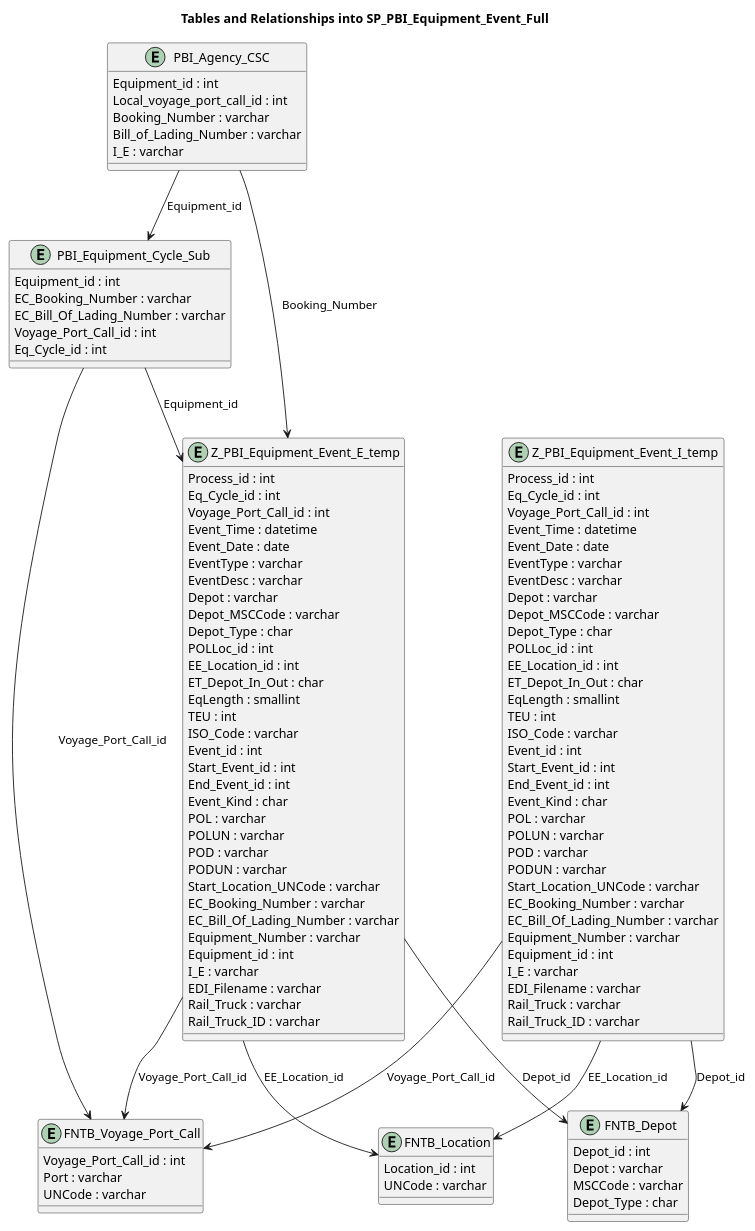
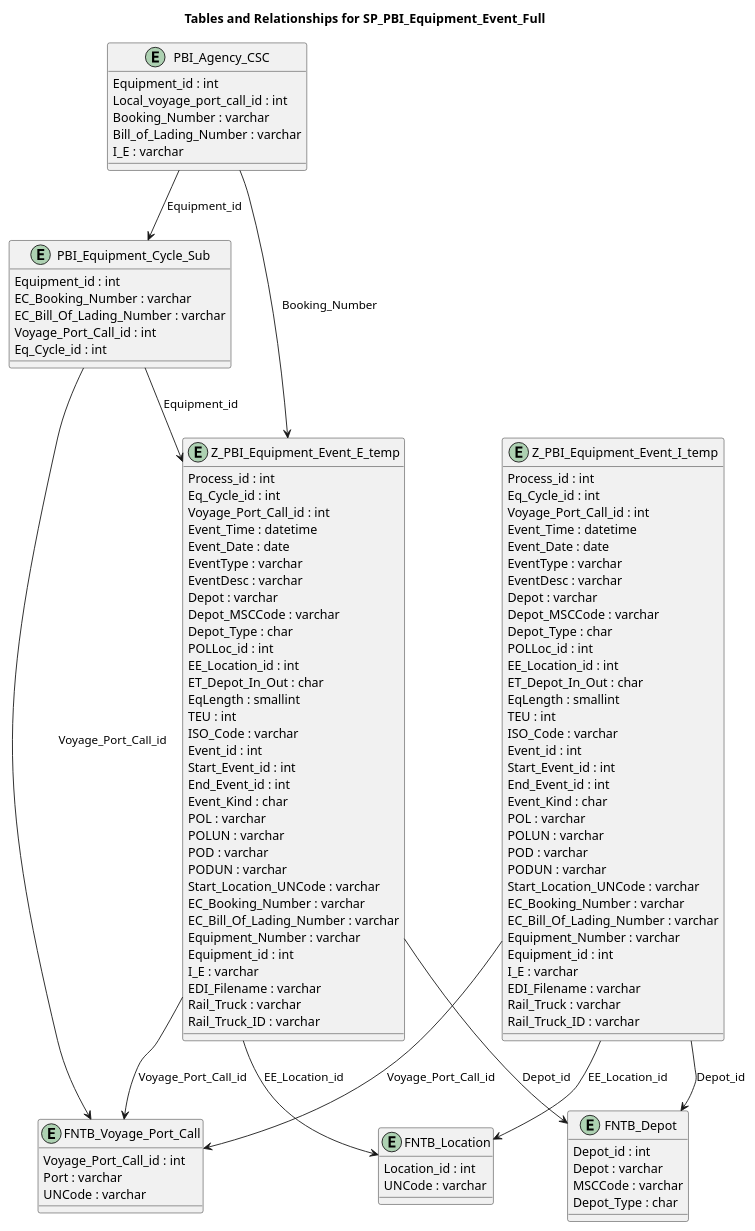
Before and after one commit to grellag/Project_Python: the diagram in DCC_Trasporti_H/2_puml_tabelle_equipment_event full - uml.puml, drawn with PlantUML.

Commit message:
uml step 2

```diff
--- a/DCC_Trasporti_H/2_puml_tabelle_equipment_event full - uml.puml
+++ b/DCC_Trasporti_H/2_puml_tabelle_equipment_event full - uml.puml
@@ -1,122 +1,122 @@
 @startuml
 
-title Tables and Relationships into SP_PBI_Equipment_Event_Full
+title Tables and Relationships for SP_PBI_Equipment_Event_Full
 
 entity "Z_PBI_Equipment_Event_E_temp" {
     Process_id : int
     Eq_Cycle_id : int
     Voyage_Port_Call_id : int
     Event_Time : datetime
     Event_Date : date
     EventType : varchar
     EventDesc : varchar
     Depot : varchar
     Depot_MSCCode : varchar
     Depot_Type : char
     POLLoc_id : int
     EE_Location_id : int
     ET_Depot_In_Out : char
     EqLength : smallint
     TEU : int
     ISO_Code : varchar
     Event_id : int
     Start_Event_id : int
     End_Event_id : int
     Event_Kind : char
     POL : varchar
     POLUN : varchar
     POD : varchar
     PODUN : varchar
     Start_Location_UNCode : varchar
     EC_Booking_Number : varchar
     EC_Bill_Of_Lading_Number : varchar
     Equipment_Number : varchar
     Equipment_id : int
     I_E : varchar
     EDI_Filename : varchar
     Rail_Truck : varchar
     Rail_Truck_ID : varchar
 }
 
 entity "PBI_Equipment_Cycle_Sub" {
     Equipment_id : int
     EC_Booking_Number : varchar
     EC_Bill_Of_Lading_Number : varchar
     Voyage_Port_Call_id : int
     Eq_Cycle_id : int
 }
 
 entity "PBI_Agency_CSC" {
     Equipment_id : int
     Local_voyage_port_call_id : int
     Booking_Number : varchar
     Bill_of_Lading_Number : varchar
     I_E : varchar
 }
 
 entity "FNTB_Depot" {
     Depot_id : int
     Depot : varchar
     MSCCode : varchar
     Depot_Type : char
 }
 
 entity "FNTB_Location" {
     Location_id : int
     UNCode : varchar
 }
 
 entity "FNTB_Voyage_Port_Call" {
     Voyage_Port_Call_id : int
     Port : varchar
     UNCode : varchar
 }
 
 entity "Z_PBI_Equipment_Event_I_temp" {
     Process_id : int
     Eq_Cycle_id : int
     Voyage_Port_Call_id : int
     Event_Time : datetime
     Event_Date : date
     EventType : varchar
     EventDesc : varchar
     Depot : varchar
     Depot_MSCCode : varchar
     Depot_Type : char
     POLLoc_id : int
     EE_Location_id : int
     ET_Depot_In_Out : char
     EqLength : smallint
     TEU : int
     ISO_Code : varchar
     Event_id : int
     Start_Event_id : int
     End_Event_id : int
     Event_Kind : char
     POL : varchar
     POLUN : varchar
     POD : varchar
     PODUN : varchar
     Start_Location_UNCode : varchar
     EC_Booking_Number : varchar
     EC_Bill_Of_Lading_Number : varchar
     Equipment_Number : varchar
     Equipment_id : int
     I_E : varchar
     EDI_Filename : varchar
     Rail_Truck : varchar
     Rail_Truck_ID : varchar
 }
 
 PBI_Equipment_Cycle_Sub --> Z_PBI_Equipment_Event_E_temp : "Equipment_id"
 PBI_Agency_CSC --> PBI_Equipment_Cycle_Sub : "Equipment_id"
 PBI_Agency_CSC --> Z_PBI_Equipment_Event_E_temp : "Booking_Number"
 PBI_Equipment_Cycle_Sub --> FNTB_Voyage_Port_Call : "Voyage_Port_Call_id"
 Z_PBI_Equipment_Event_E_temp --> FNTB_Depot : "Depot_id"
 Z_PBI_Equipment_Event_E_temp --> FNTB_Location : "EE_Location_id"
 Z_PBI_Equipment_Event_E_temp --> FNTB_Voyage_Port_Call : "Voyage_Port_Call_id"
 Z_PBI_Equipment_Event_I_temp --> FNTB_Depot : "Depot_id"
 Z_PBI_Equipment_Event_I_temp --> FNTB_Location : "EE_Location_id"
 Z_PBI_Equipment_Event_I_temp --> FNTB_Voyage_Port_Call : "Voyage_Port_Call_id"
 
 @enduml
```
